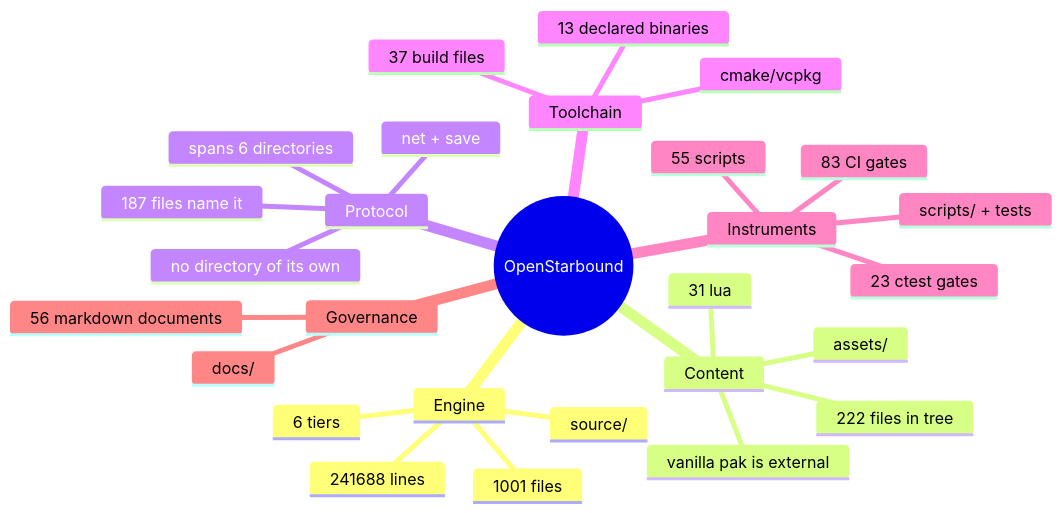
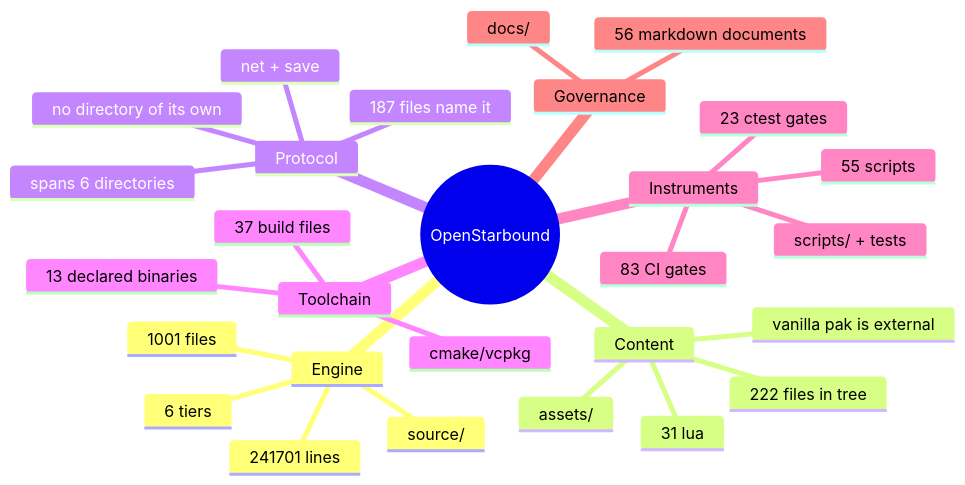
Before and after one commit to apnex/OpenStarbound: the second of 11 diagrams in docs/architecture/system-boundaries.md, drawn with Mermaid. The commit also changed other lines of this file and 2 other files, not shown here.

````diff
--- a/docs/architecture/system-boundaries.md
+++ b/docs/architecture/system-boundaries.md
@@ -166,31 +166,31 @@
 ```mermaid
 mindmap
   root((OpenStarbound))
     Engine
       source/
       1001 files
-      241688 lines
+      241701 lines
       6 tiers
     Content
       assets/
       222 files in tree
       31 lua
       vanilla pak is external
     Protocol
       net + save
       187 files name it
       spans 6 directories
       no directory of its own
     Toolchain
       cmake/vcpkg
       37 build files
       13 declared binaries
     Instruments
       scripts/ + tests
       55 scripts
       23 ctest gates
       83 CI gates
     Governance
       docs/
       56 markdown documents
 ```
````
